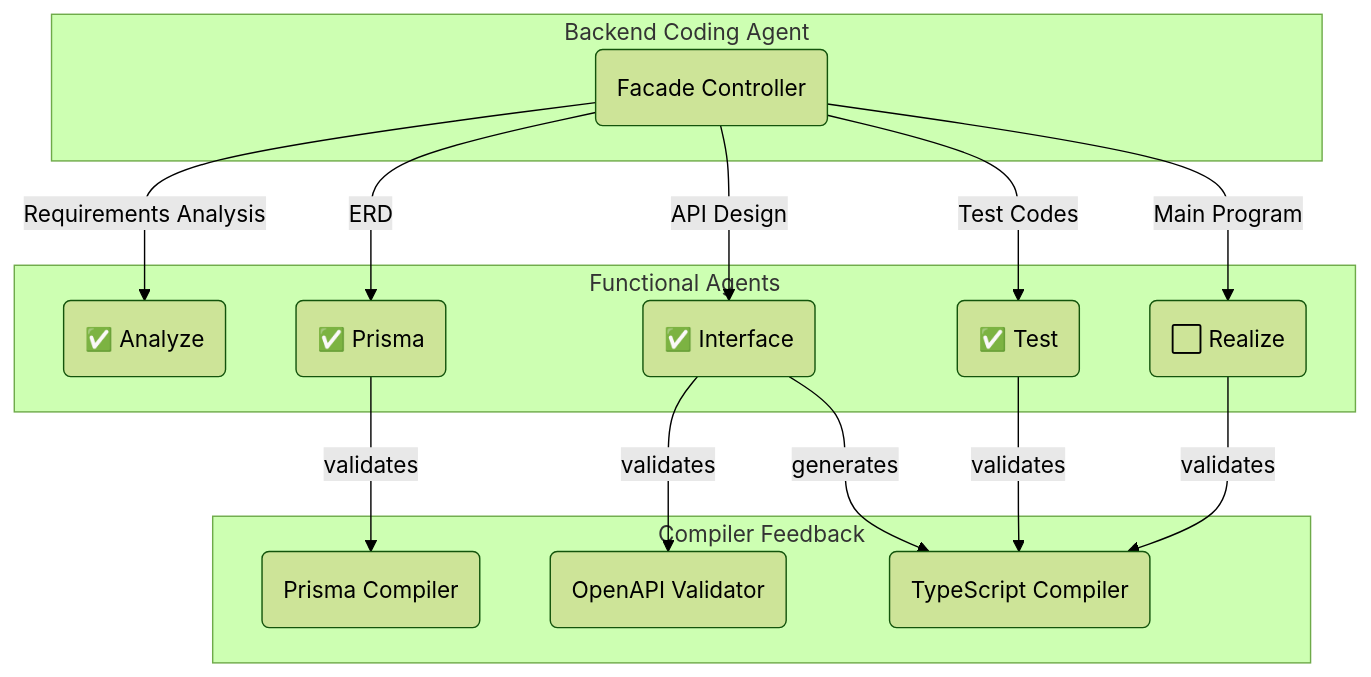
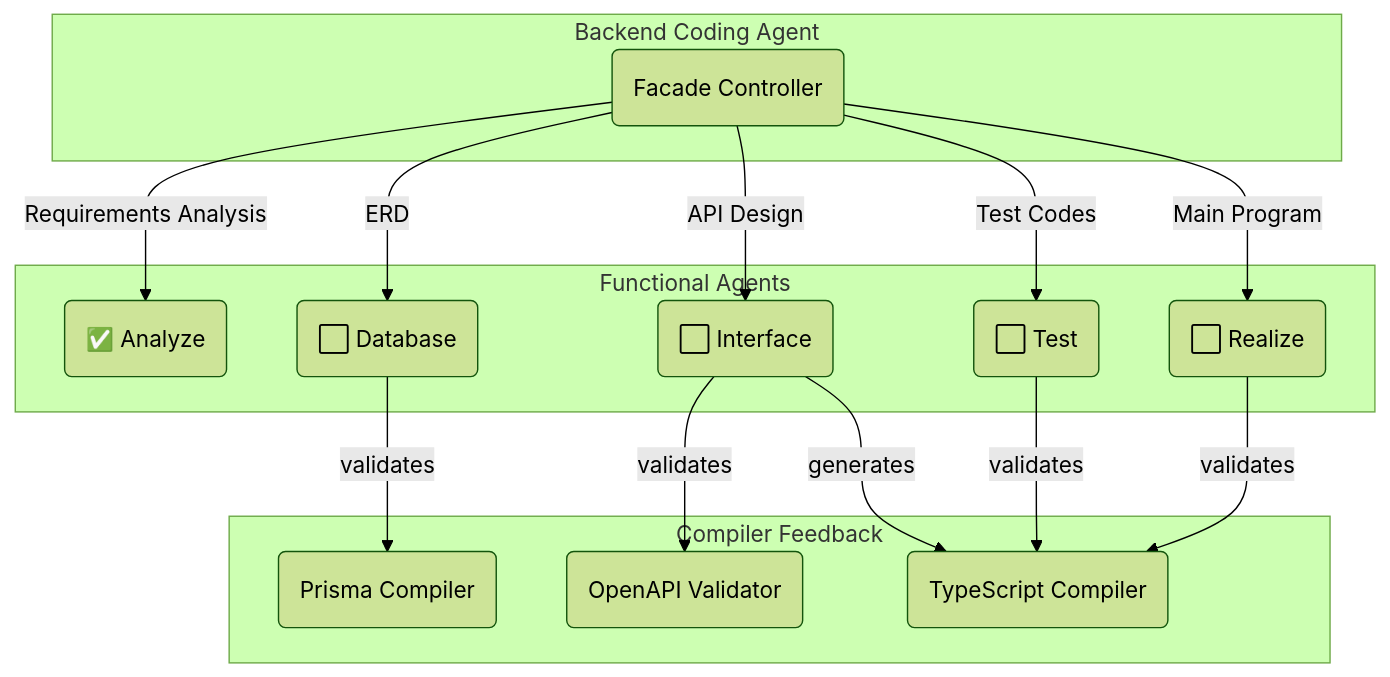
The diagram in deepseek/deepseek-v3.1-terminus-exacto/reddit/README.md (wrtnlabs/autobe-examples), drawn with Mermaid (forest theme) before and after one commit. The commit also changed other lines of this file and 9391 other files, not shown here.

````diff
--- a/deepseek/deepseek-v3.1-terminus-exacto/reddit/README.md
+++ b/deepseek/deepseek-v3.1-terminus-exacto/reddit/README.md
@@ -14,20 +14,20 @@
 ```mermaid
 flowchart
 subgraph "Backend Coding Agent"
   coder("Facade Controller")
 end
 subgraph "Functional Agents"
   coder --"Requirements Analysis"--> analyze("✅ Analyze")
-  coder --"ERD"--> prisma("✅ Prisma")
-  coder --"API Design"--> interface("✅ Interface")
-  coder --"Test Codes" --> test("✅ Test")
+  coder --"ERD"--> database("⬜ Database")
+  coder --"API Design"--> interface("⬜ Interface")
+  coder --"Test Codes" --> test("⬜ Test")
   coder --"Main Program" --> realize("⬜ Realize")
 end
 subgraph "Compiler Feedback"
-  prisma --"validates" --> prismaCompiler("Prisma Compiler")
+  database --"validates" --> prismaCompiler("Prisma Compiler")
   interface --"validates" --> openapiValidator("OpenAPI Validator")
   interface --"generates" --> tsCompiler("TypeScript Compiler")
   test --"validates" --> tsCompiler("TypeScript Compiler")
   realize --"validates" --> tsCompiler("TypeScript Compiler")
 end
 ```
````
